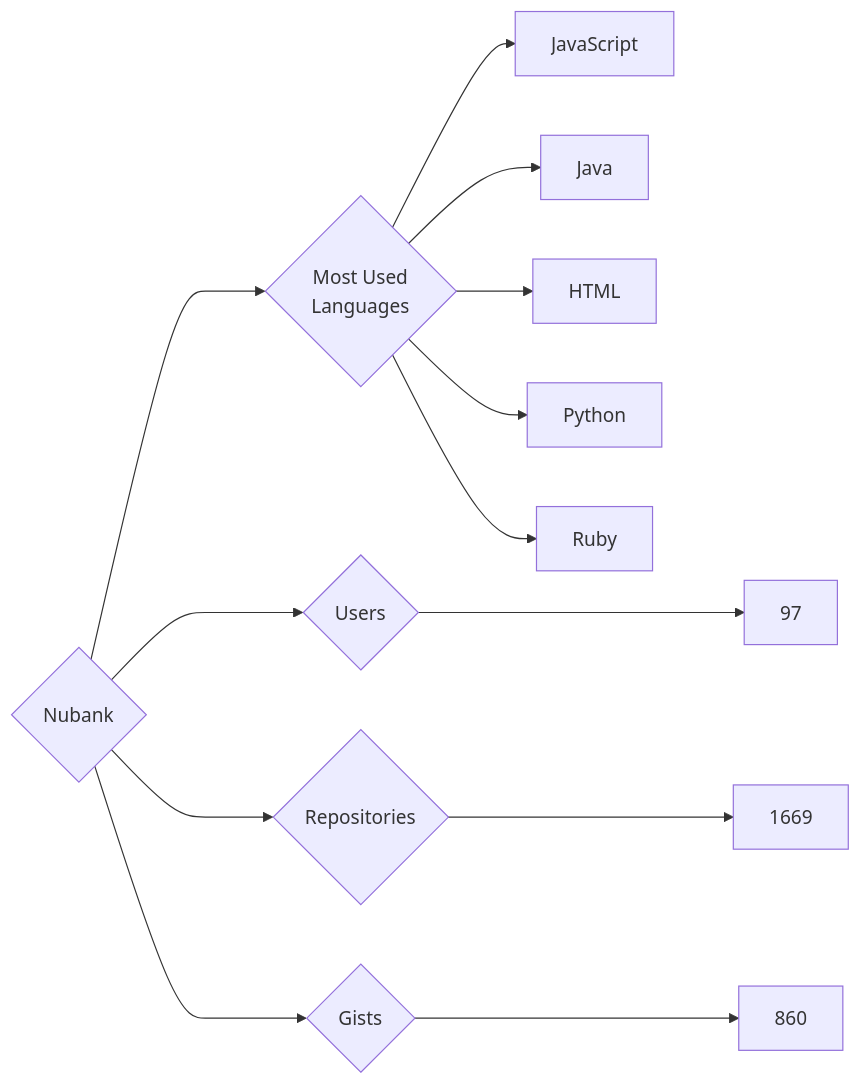
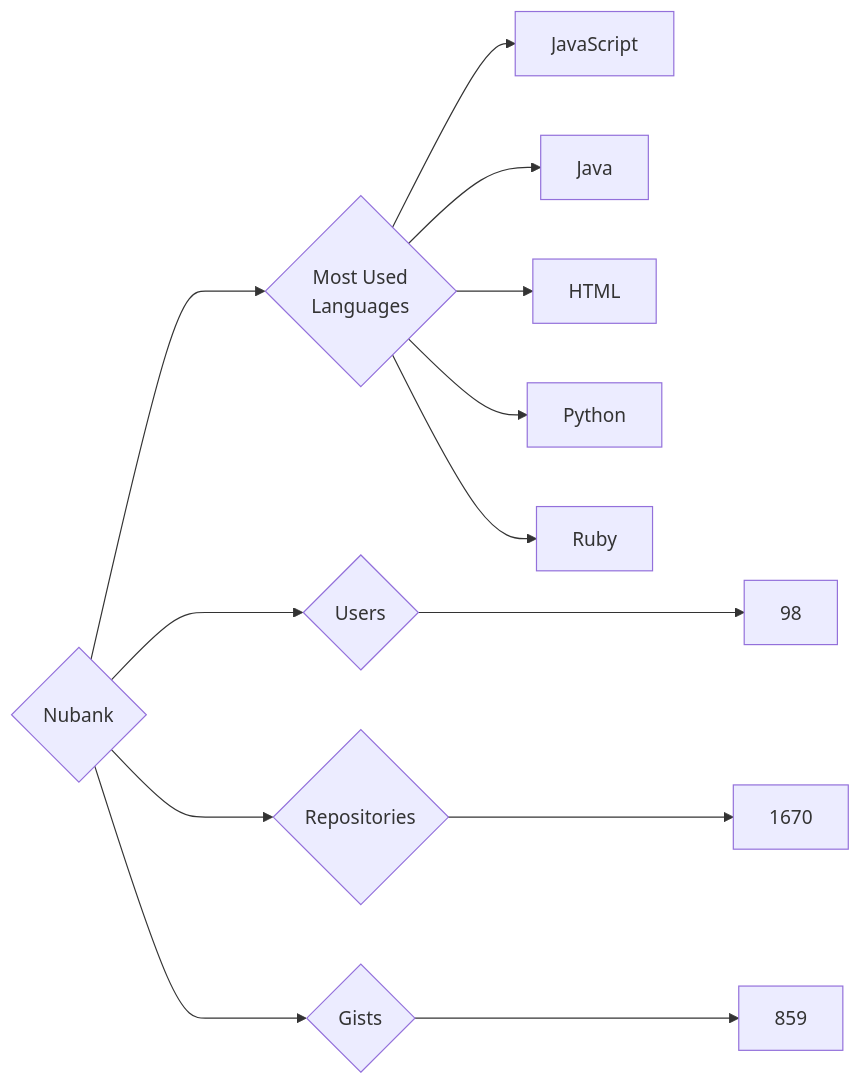
One commit to trickest/insiders changed the diagram in targets/Nubank/README.md. Above: the diagram before and after it, drawn with Mermaid. The commit also changed 1484 other files, not shown here.

````diff
--- a/targets/Nubank/README.md
+++ b/targets/Nubank/README.md
@@ -3,13 +3,13 @@
 ```mermaid
 graph LR
 COMPANY_NAME{Nubank}
-COMPANY_NAME ---> U{Users} ---> UN[97]
-COMPANY_NAME ---> R{Repositories} ---> RN[1669]
-COMPANY_NAME ---> G{Gists} ---> GN[860]
+COMPANY_NAME ---> U{Users} ---> UN[98]
+COMPANY_NAME ---> R{Repositories} ---> RN[1670]
+COMPANY_NAME ---> G{Gists} ---> GN[859]
 COMPANY_NAME ---> ML{Most Used<br>Languages}
 ML --> JavaScript[JavaScript]
 ML --> Java[Java]
 ML --> HTML[HTML]
 ML --> Python[Python]
 ML --> Ruby[Ruby]
 ```
````
